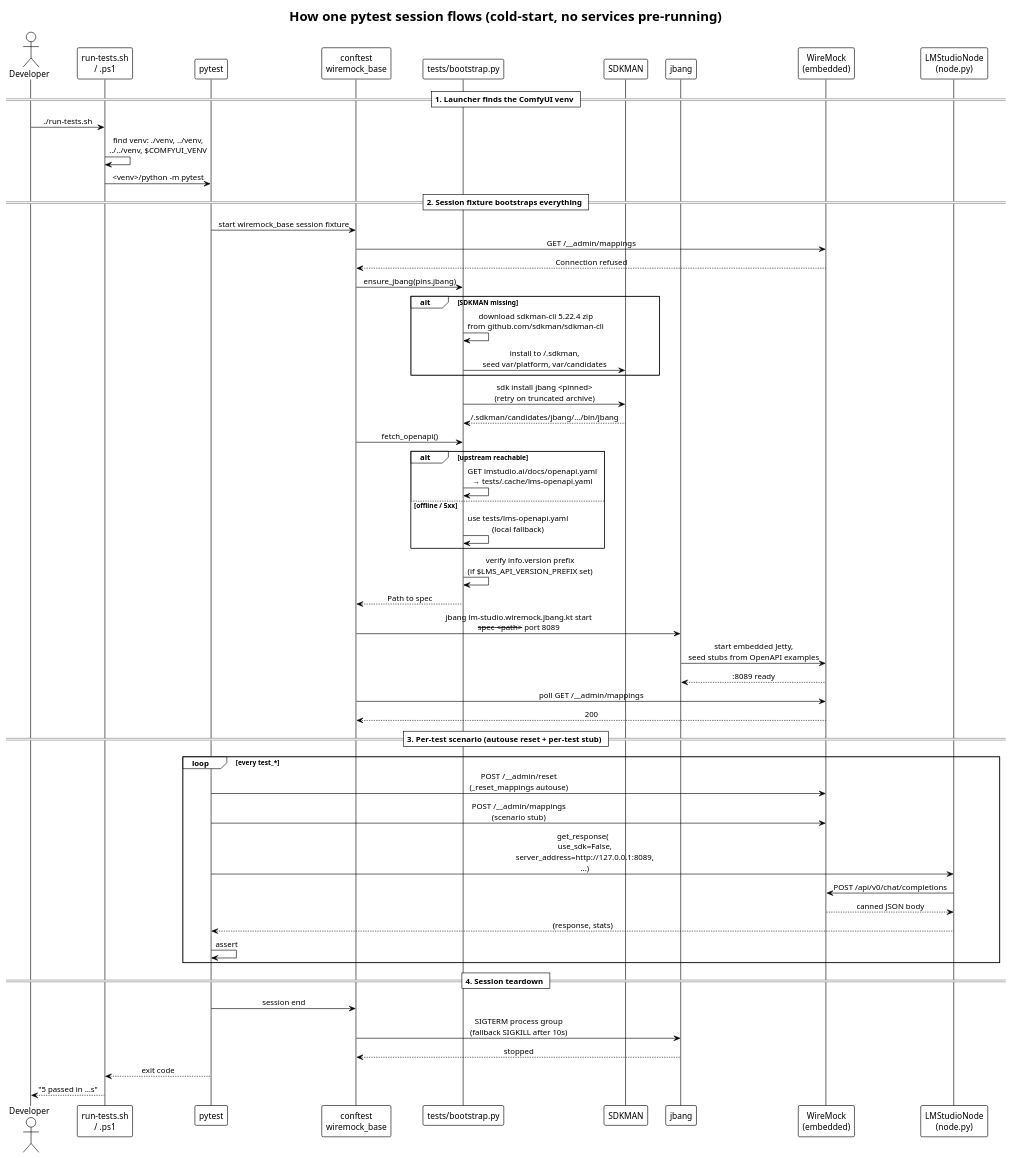
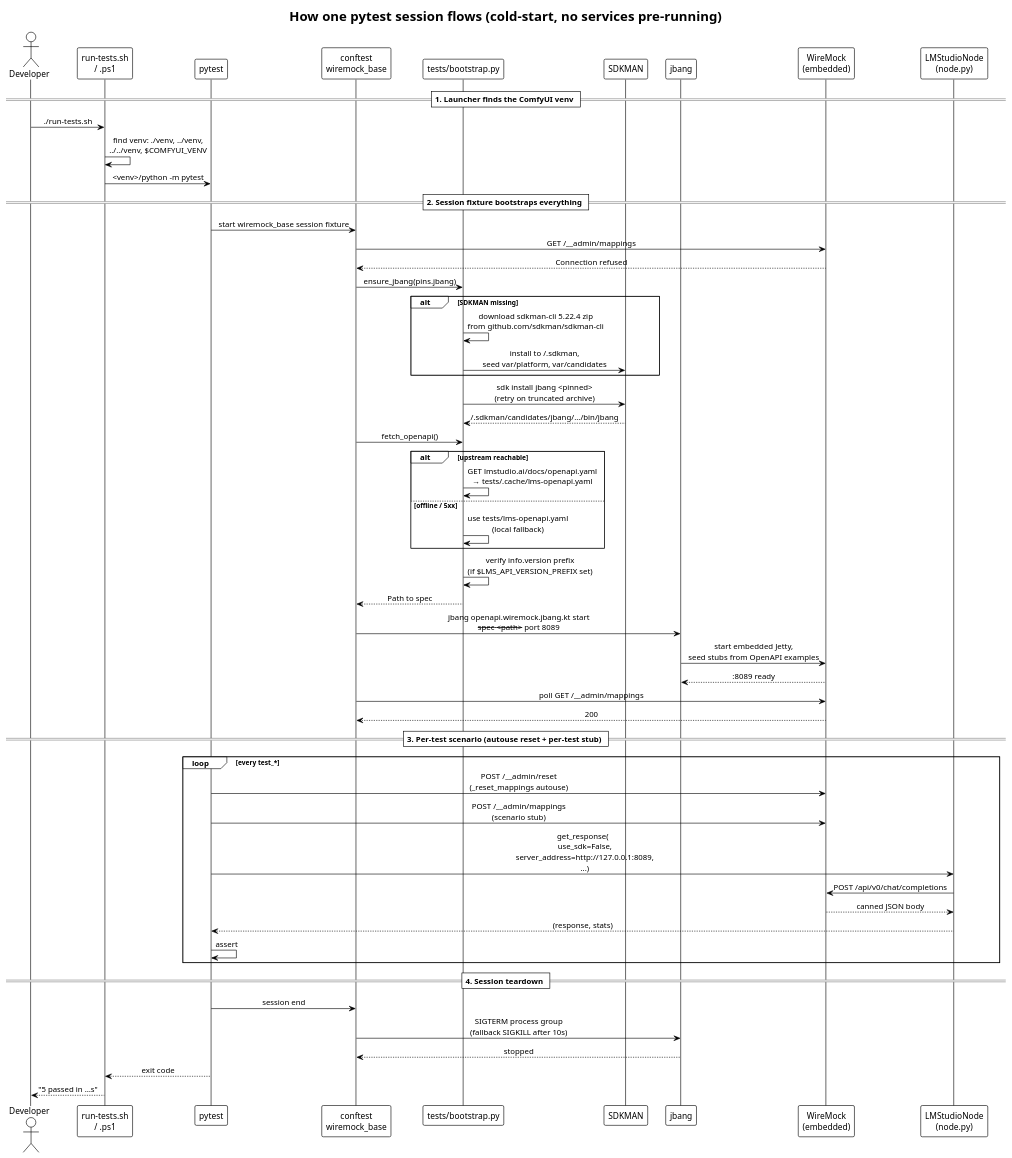
One commit to CLK-AL/ComfyUI-LM-Studio changed the diagram in puml/test-sequence.puml. Above: the diagram before and after it, drawn with PlantUML. The commit also changed 24 other files, not shown here.

```diff
--- a/puml/test-sequence.puml
+++ b/puml/test-sequence.puml
@@ -1,69 +1,69 @@
 @startuml test-sequence
 !theme plain
 title How one pytest session flows (cold-start, no services pre-running)
 
 skinparam defaultFontName Inconsolata
 skinparam sequenceMessageAlign center
 
 actor        Developer           as DEV
 participant  "run-tests.sh\n/ .ps1"        as LAUNCHER
 participant  pytest              as PYTEST
 participant  "conftest\nwiremock_base"     as CONF
 participant  "tests/bootstrap.py" as BOOT
 participant  SDKMAN              as SDK
 participant  jbang               as JBG
 participant  "WireMock\n(embedded)"        as WM
 participant  "LMStudioNode\n(node.py)"     as NODE
 
 == 1. Launcher finds the ComfyUI venv ==
 DEV -> LAUNCHER : ./run-tests.sh
 LAUNCHER -> LAUNCHER : find venv: ./venv, ../venv,\n../../venv, $COMFYUI_VENV
 LAUNCHER -> PYTEST  : <venv>/python -m pytest
 
 == 2. Session fixture bootstraps everything ==
 PYTEST -> CONF : start wiremock_base session fixture
 CONF -> WM     : GET /__admin/mappings
 WM --> CONF    : Connection refused
 
 CONF -> BOOT   : ensure_jbang(pins.jbang)
 alt SDKMAN missing
   BOOT -> BOOT : download sdkman-cli 5.22.4 zip\nfrom github.com/sdkman/sdkman-cli
   BOOT -> SDK  : install to ~/.sdkman,\nseed var/platform, var/candidates
 end
 BOOT -> SDK    : sdk install jbang <pinned>\n(retry on truncated archive)
 SDK  --> BOOT  : ~/.sdkman/candidates/jbang/.../bin/jbang
 
 CONF -> BOOT   : fetch_openapi()
 alt upstream reachable
   BOOT -> BOOT : GET lmstudio.ai/docs/openapi.yaml\n→ tests/.cache/lms-openapi.yaml
 else offline / 5xx
   BOOT -> BOOT : use tests/lms-openapi.yaml\n(local fallback)
 end
 BOOT -> BOOT   : verify info.version prefix\n(if $LMS_API_VERSION_PREFIX set)
 BOOT --> CONF  : Path to spec
 
-CONF -> JBG    : jbang lm-studio.wiremock.jbang.kt start\n--spec <path> --port 8089
+CONF -> JBG    : jbang openapi.wiremock.jbang.kt start\n--spec <path> --port 8089
 JBG  -> WM     : start embedded Jetty,\nseed stubs from OpenAPI examples
 WM   --> JBG   : :8089 ready
 CONF -> WM     : poll GET /__admin/mappings
 WM   --> CONF  : 200
 
 == 3. Per-test scenario (autouse reset + per-test stub) ==
 loop every test_*
   PYTEST -> WM   : POST /__admin/reset\n(_reset_mappings autouse)
   PYTEST -> WM   : POST /__admin/mappings\n(scenario stub)
   PYTEST -> NODE : get_response(\n  use_sdk=False,\n  server_address=http://127.0.0.1:8089,\n  ...)
   NODE   -> WM   : POST /api/v0/chat/completions
   WM     --> NODE: canned JSON body
   NODE   --> PYTEST: (response, stats)
   PYTEST -> PYTEST: assert
 end
 
 == 4. Session teardown ==
 PYTEST -> CONF : session end
 CONF   -> JBG  : SIGTERM process group\n(fallback SIGKILL after 10s)
 JBG    --> CONF: stopped
 
 PYTEST --> LAUNCHER : exit code
 LAUNCHER --> DEV    : "5 passed in …s"
 @enduml
```
